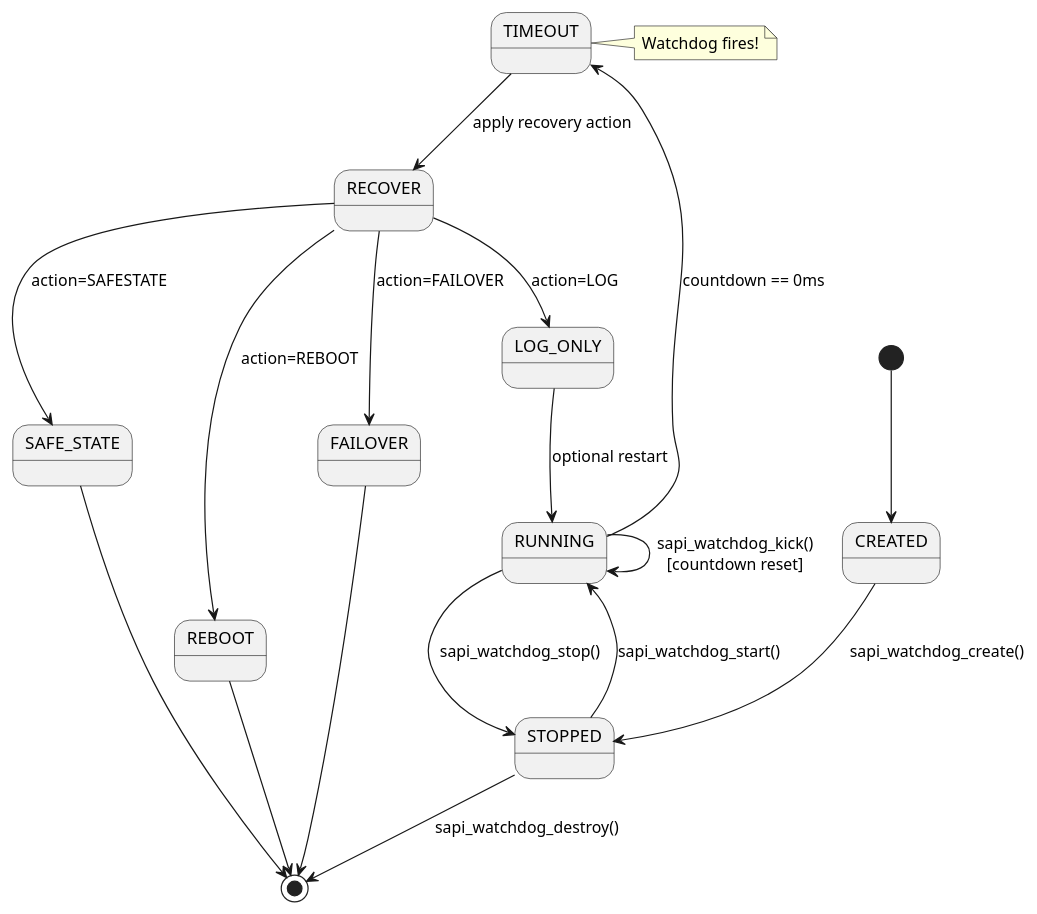
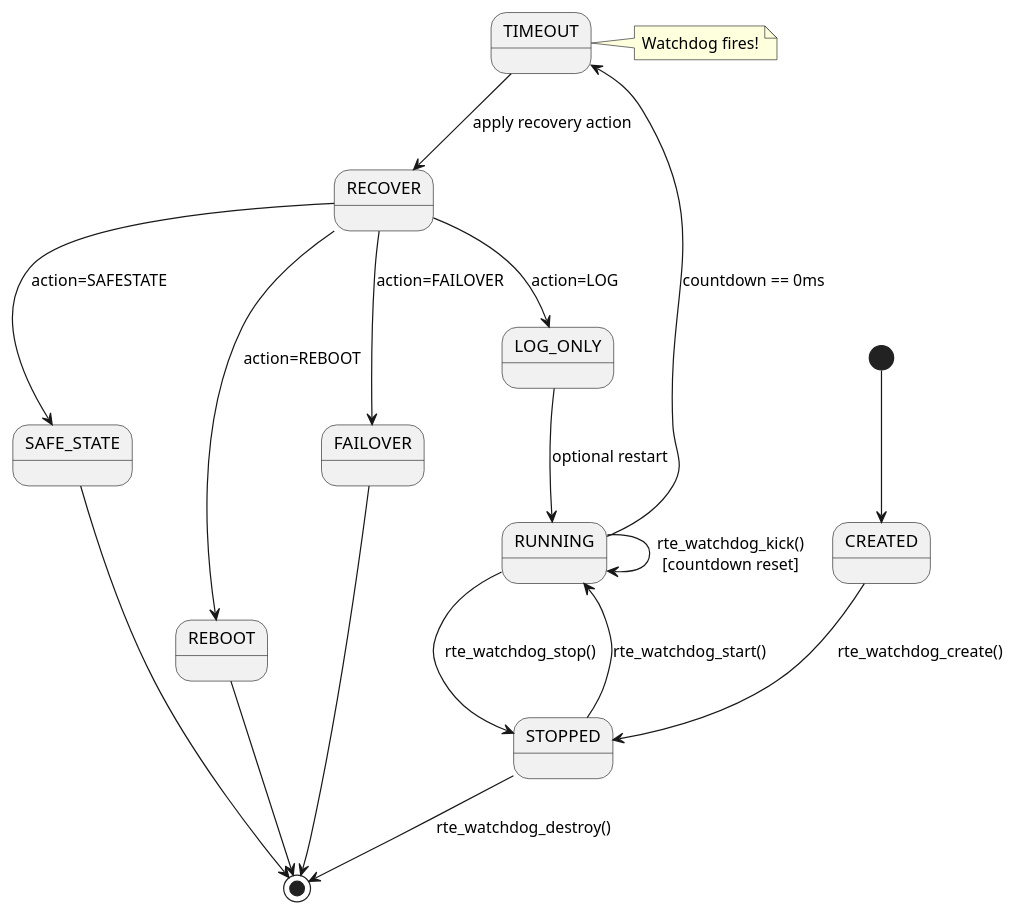
The fourth of 11 diagrams in docs/architecture/DIAGRAMS_GUIDE.md (bula173/Platform_RTE), drawn with PlantUML before and after one commit. The commit also changed other lines of this file and 415 other files, not shown here.

First line of the commit message:
refactor: rename sapi_/SAPI_ prefix to rte_/RTE_

````diff
--- a/docs/architecture/DIAGRAMS_GUIDE.md
+++ b/docs/architecture/DIAGRAMS_GUIDE.md
@@ -235,31 +235,31 @@
 ```plantuml
 @startuml statemachine-watchdog
 [*] --> CREATED
 
-CREATED --> STOPPED: sapi_watchdog_create()
+CREATED --> STOPPED: rte_watchdog_create()
 
-STOPPED --> RUNNING: sapi_watchdog_start()
+STOPPED --> RUNNING: rte_watchdog_start()
 
-RUNNING --> RUNNING: sapi_watchdog_kick()\n[countdown reset]
+RUNNING --> RUNNING: rte_watchdog_kick()\n[countdown reset]
 
 RUNNING --> TIMEOUT: countdown == 0ms
 note right of TIMEOUT: Watchdog fires!
 
 TIMEOUT --> RECOVER: apply recovery action
 
 RECOVER --> SAFE_STATE: action=SAFESTATE
 RECOVER --> REBOOT: action=REBOOT
 RECOVER --> FAILOVER: action=FAILOVER
 RECOVER --> LOG_ONLY: action=LOG
 
 SAFE_STATE --> [*]
 REBOOT --> [*]
 FAILOVER --> [*]
 LOG_ONLY --> RUNNING: optional restart
 
-RUNNING --> STOPPED: sapi_watchdog_stop()
+RUNNING --> STOPPED: rte_watchdog_stop()
 
-STOPPED --> [*]: sapi_watchdog_destroy()
+STOPPED --> [*]: rte_watchdog_destroy()
 
 @enduml
 ```
````
